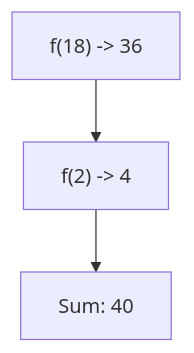
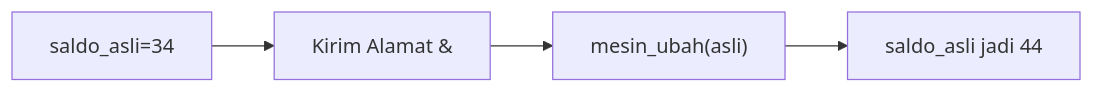
One commit to amnahwaida/OSNK_INF_PREP changed the second of 25 diagrams in part-c-pemahaman-cpp/04-fungsi/latihan/set-05.md. Above: the diagram before and after it, drawn with Mermaid. The commit also changed other lines of this file and 71 other files, not shown here.

````diff
--- a/part-c-pemahaman-cpp/04-fungsi/latihan/set-05.md
+++ b/part-c-pemahaman-cpp/04-fungsi/latihan/set-05.md
@@ -48,5 +49,6 @@
 ```mermaid
-graph TD
-A["f(18) -> 36"] --> B["f(2) -> 4"]
-B --> C["Sum: 40"]
+graph LR
+A["saldo_asli=34"] --> B["Kirim Alamat &"]
+B --> C["mesin_ubah(asli)"]
+C --> D["saldo_asli jadi 44"]
 ```
````
